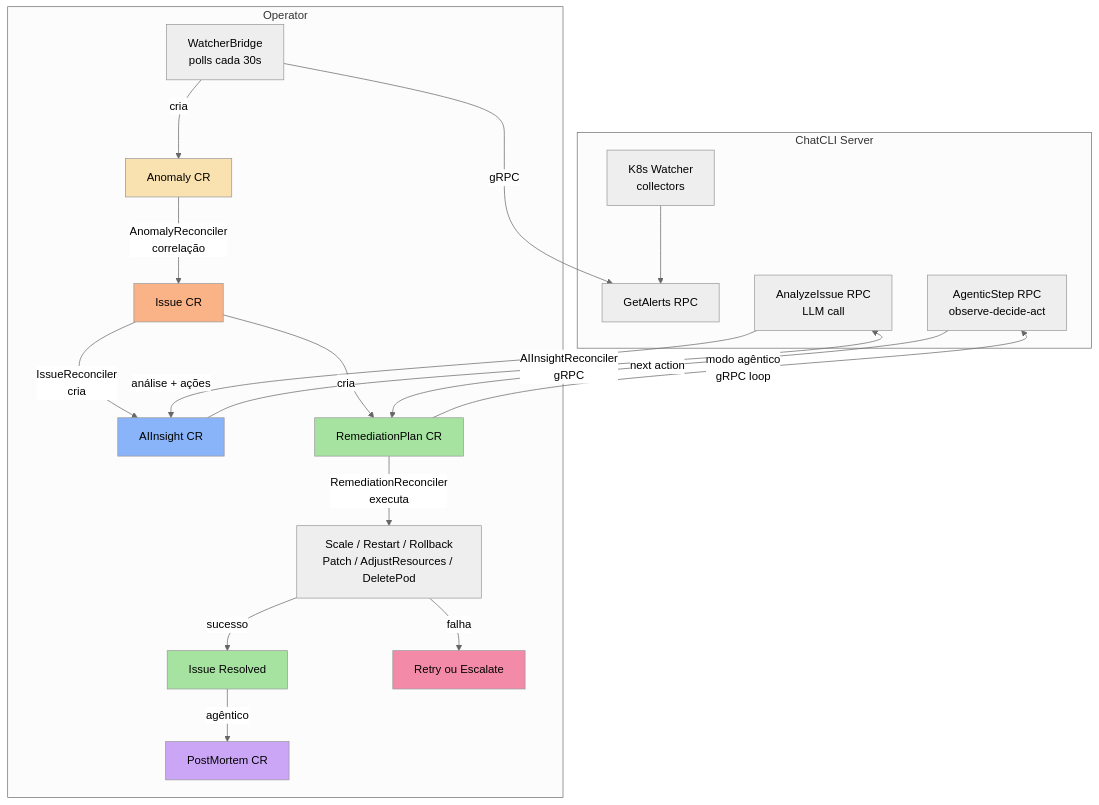
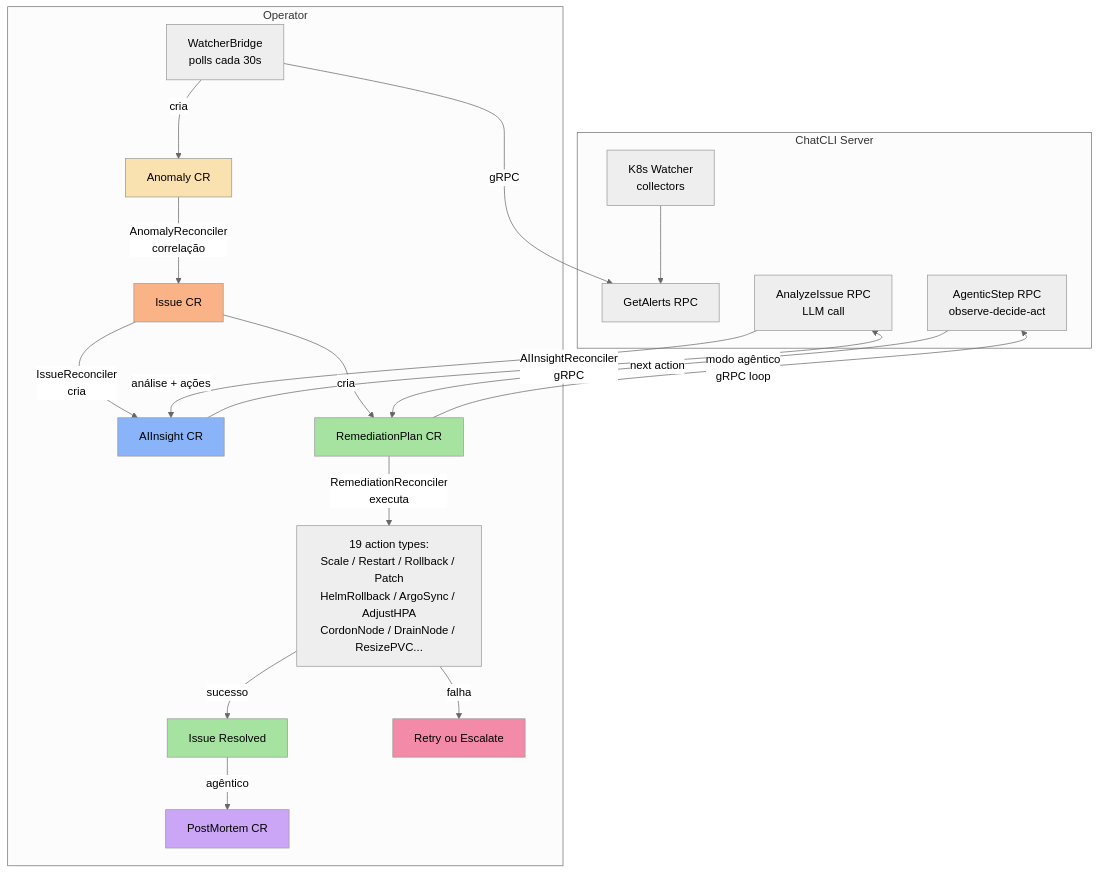
Before and after one commit to diillson/chatcli.ai: the first of 2 diagrams in features/k8s-operator.mdx, drawn with Mermaid (neutral theme). The commit also changed other lines of this file and 14 other files, not shown here.

````diff
--- a/features/k8s-operator.mdx
+++ b/features/k8s-operator.mdx
@@ -69,32 +72,32 @@
 ```mermaid
 graph TD
     subgraph "ChatCLI Server"
         W[K8s Watcher<br/>collectors] --> GA[GetAlerts RPC]
         AI_RPC[AnalyzeIssue RPC<br/>LLM call]
         AG_RPC[AgenticStep RPC<br/>observe-decide-act]
     end
 
     subgraph "Operator"
         WB[WatcherBridge<br/>polls cada 30s] -->|gRPC| GA
         WB -->|cria| ANOM[Anomaly CR]
         ANOM -->|AnomalyReconciler<br/>correlação| ISS[Issue CR]
         ISS -->|IssueReconciler<br/>cria| INSIGHT[AIInsight CR]
         INSIGHT -->|AIInsightReconciler<br/>gRPC| AI_RPC
         AI_RPC -->|análise + ações| INSIGHT
         ISS -->|cria| PLAN[RemediationPlan CR]
-        PLAN -->|RemediationReconciler<br/>executa| ACTIONS[Scale / Restart / Rollback<br/>Patch / AdjustResources / DeletePod]
+        PLAN -->|RemediationReconciler<br/>executa| ACTIONS[19 action types:<br/>Scale / Restart / Rollback / Patch<br/>HelmRollback / ArgoSync / AdjustHPA<br/>CordonNode / DrainNode / ResizePVC...]
         PLAN -->|modo agêntico<br/>gRPC loop| AG_RPC
         AG_RPC -->|next action| PLAN
         ACTIONS -->|sucesso| RESOLVED[Issue Resolved]
         ACTIONS -->|falha| RETRY[Retry ou Escalate]
         RESOLVED -->|agêntico| PM[PostMortem CR]
     end
 
     style ANOM fill:#f9e2af,color:#000
     style ISS fill:#fab387,color:#000
     style INSIGHT fill:#89b4fa,color:#000
     style PLAN fill:#a6e3a1,color:#000
     style RESOLVED fill:#a6e3a1,color:#000
     style RETRY fill:#f38ba8,color:#000
     style PM fill:#cba6f7,color:#000
 ```
````
